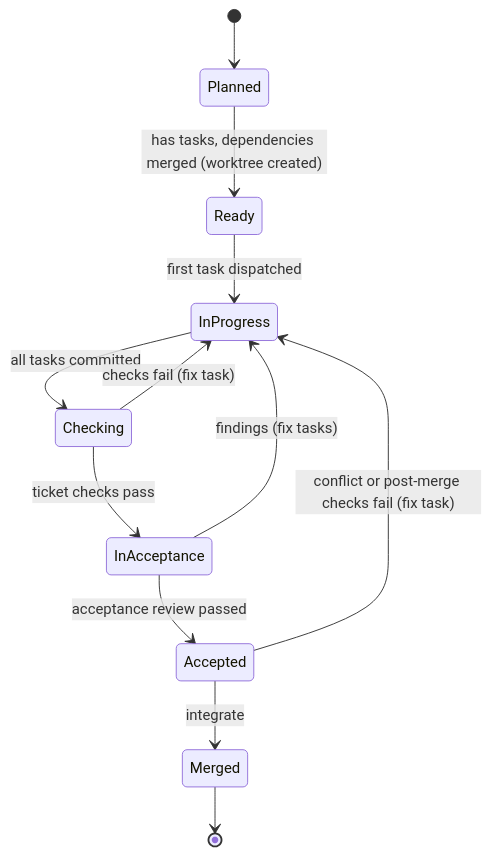
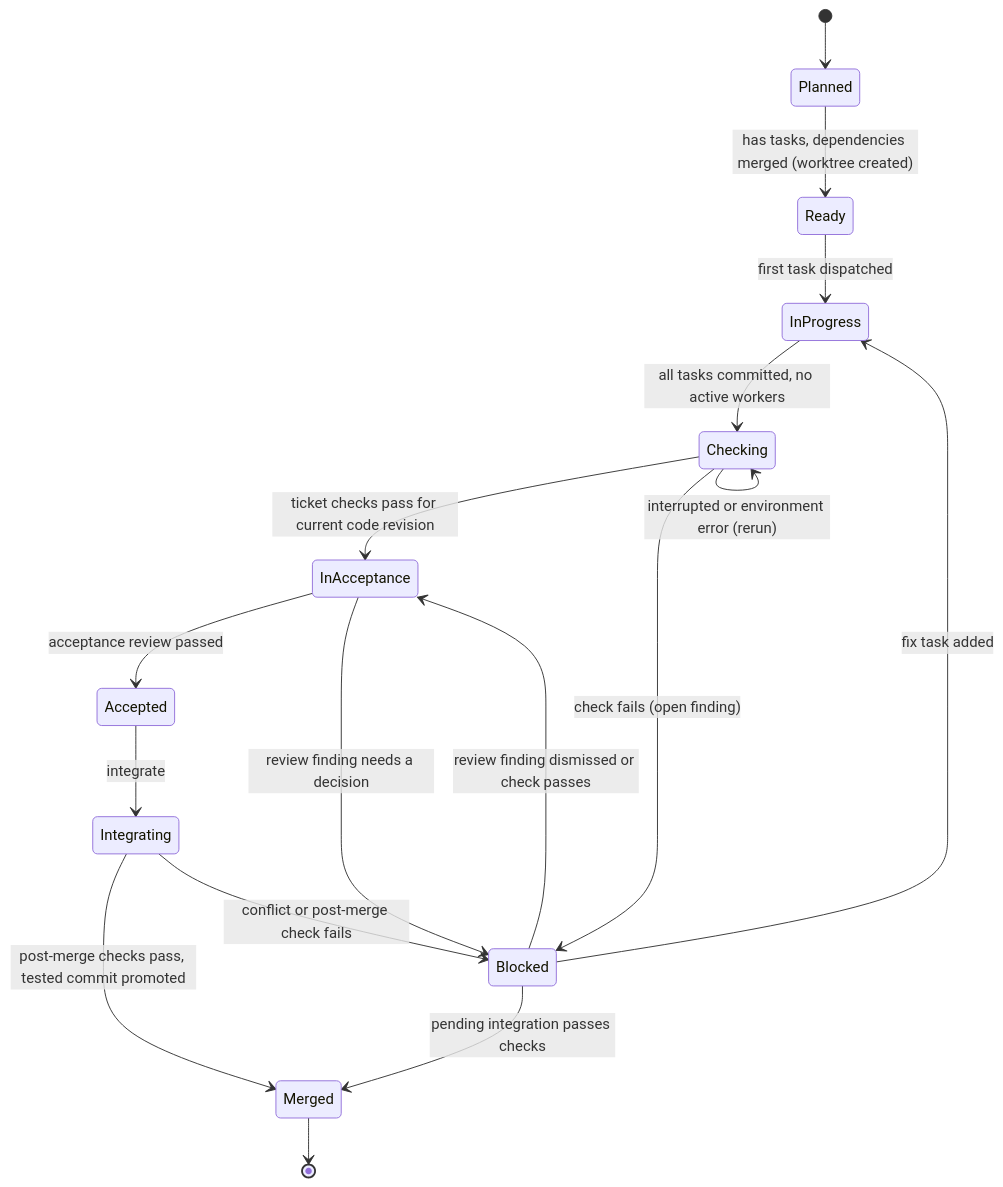
One commit to UseTheFork/spindle changed the fifth of 7 diagrams in SDD-WORKFLOWS.md. Above: the diagram before and after it, drawn with Mermaid. The commit also changed other lines of this file, not shown here.

Commit message:
feat: enhance SDD workflows with detailed task and ticket definitions

````diff
--- a/SDD-WORKFLOWS.md
+++ b/SDD-WORKFLOWS.md
@@ -196,14 +231,19 @@
 ```mermaid
 stateDiagram-v2
     [*] --> Planned
     Planned --> Ready: has tasks, dependencies merged (worktree created)
     Ready --> InProgress: first task dispatched
-    InProgress --> Checking: all tasks committed
-    Checking --> InAcceptance: ticket checks pass
-    Checking --> InProgress: checks fail (fix task)
+    InProgress --> Checking: all tasks committed, no active workers
+    Checking --> InAcceptance: ticket checks pass for current code revision
+    Checking --> Blocked: check fails (open finding)
+    Checking --> Checking: interrupted or environment error (rerun)
     InAcceptance --> Accepted: acceptance review passed
-    InAcceptance --> InProgress: findings (fix tasks)
-    Accepted --> Merged: integrate
-    Accepted --> InProgress: conflict or post-merge checks fail (fix task)
+    InAcceptance --> Blocked: review finding needs a decision
+    Accepted --> Integrating: integrate
+    Integrating --> Merged: post-merge checks pass, tested commit promoted
+    Integrating --> Blocked: conflict or post-merge check fails
+    Blocked --> InProgress: fix task added
+    Blocked --> InAcceptance: review finding dismissed or check passes
+    Blocked --> Merged: pending integration passes checks
     Merged --> [*]
 ```
````
